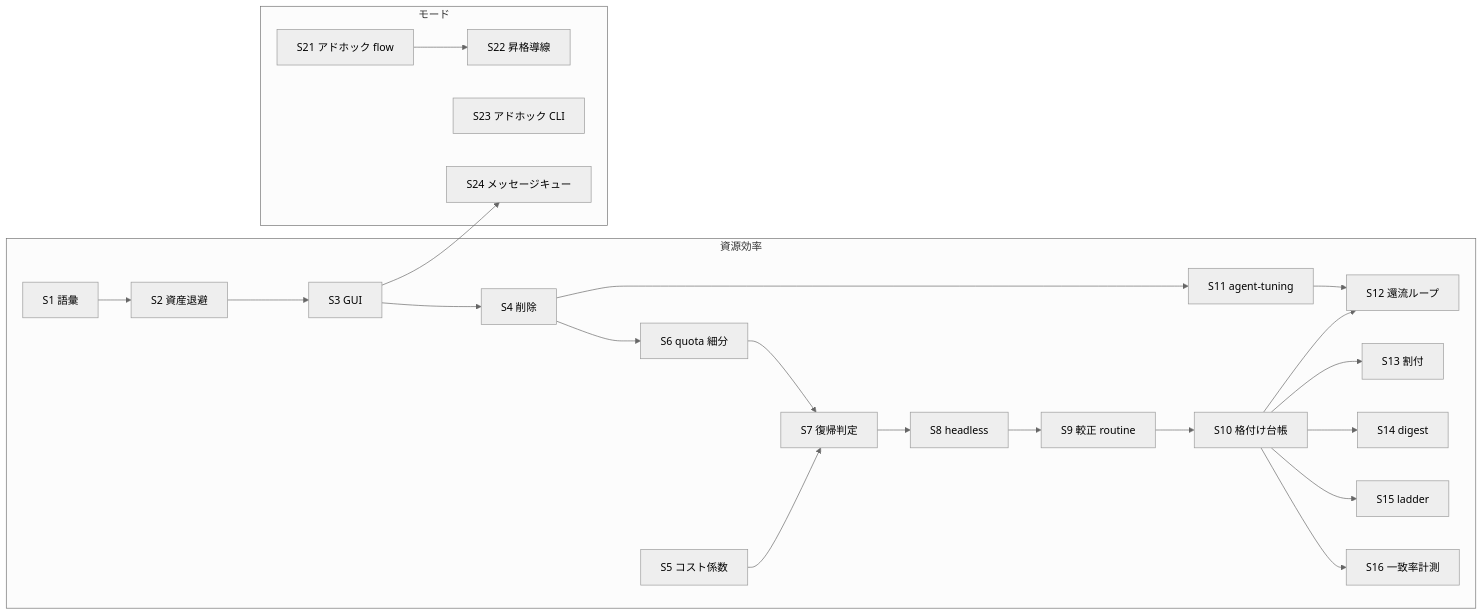
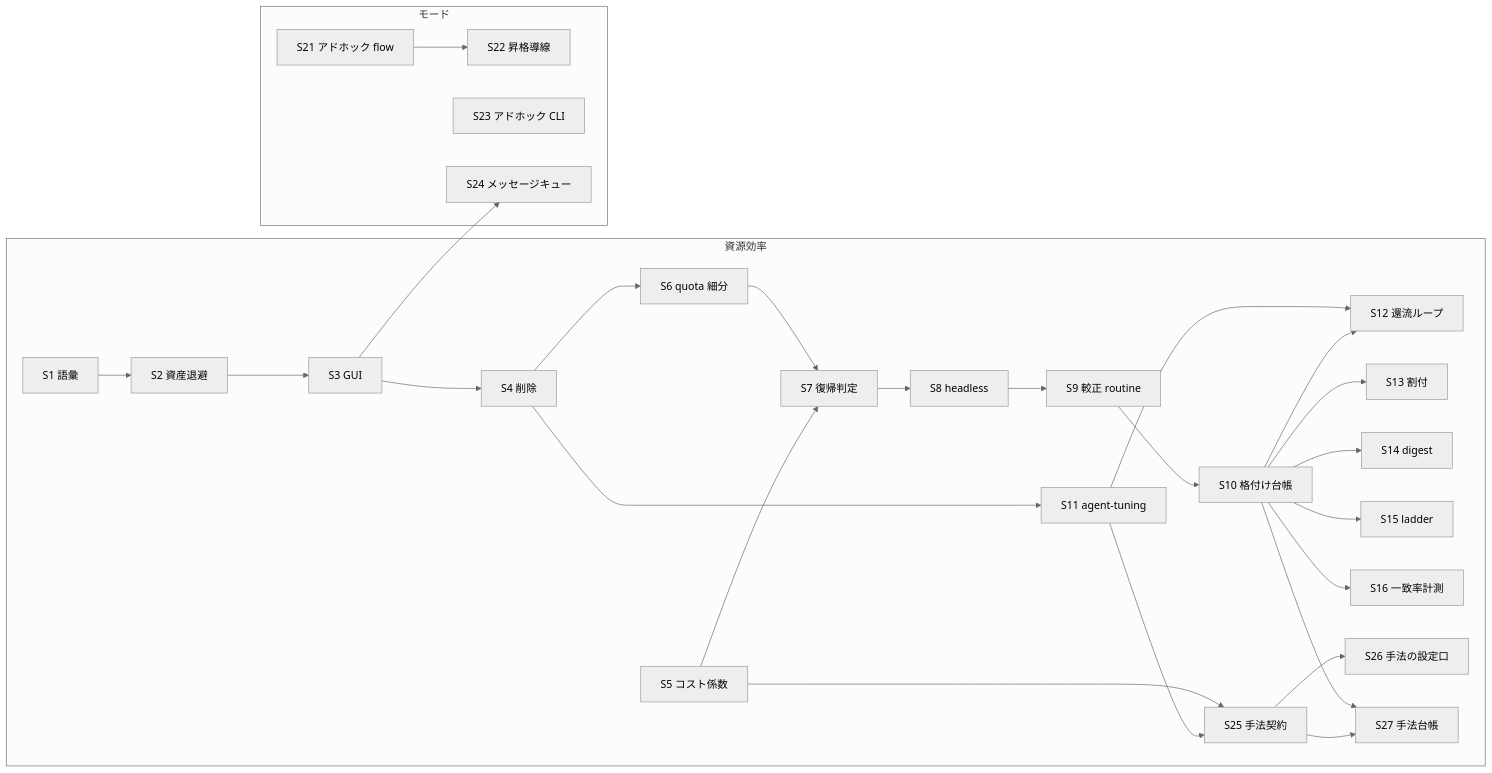
The diagram in docs/plans/2026-08-08-agent-tools-resource-efficiency-plan.md (ynitto/sandbox), drawn with Mermaid (neutral theme) before and after one commit. The commit also changed other lines of this file and 81 other files, not shown here.

````diff
--- a/docs/plans/2026-08-08-agent-tools-resource-efficiency-plan.md
+++ b/docs/plans/2026-08-08-agent-tools-resource-efficiency-plan.md
@@ -396,22 +435,27 @@
 ```mermaid
 flowchart LR
   subgraph 資源効率
     S1[S1 語彙] --> S2[S2 資産退避] --> S3[S3 GUI] --> S4[S4 削除]
     S4 --> S6[S6 quota 細分]
     S5[S5 コスト係数] --> S7[S7 復帰判定]
     S6 --> S7 --> S8[S8 headless]
     S8 --> S9[S9 較正 routine]
     S9 --> S10[S10 格付け台帳]
     S4 --> S11[S11 agent-tuning]
     S10 --> S12[S12 還流ループ]
     S11 --> S12
     S10 --> S13[S13 割付] & S14[S14 digest] & S15[S15 ladder]
     S10 --> S16[S16 一致率計測]
+    S11 --> S25[S25 手法契約]
+    S5 --> S25
+    S25 --> S26[S26 手法の設定口]
+    S25 --> S27[S27 手法台帳]
+    S10 --> S27
   end
   subgraph モード
     S21[S21 アドホック flow] --> S22[S22 昇格導線]
     S23[S23 アドホック CLI]
     S24[S24 メッセージキュー]
   end
   S3 --> S24
 ```
````
